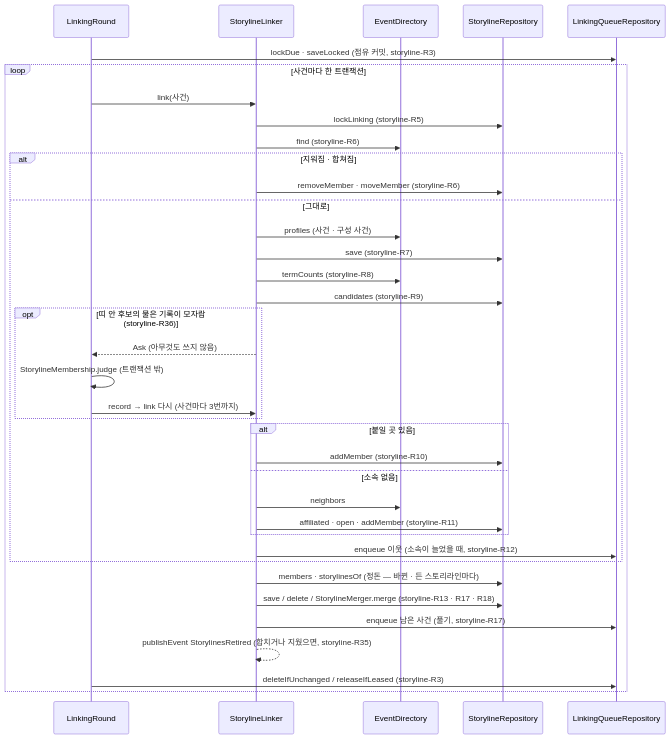
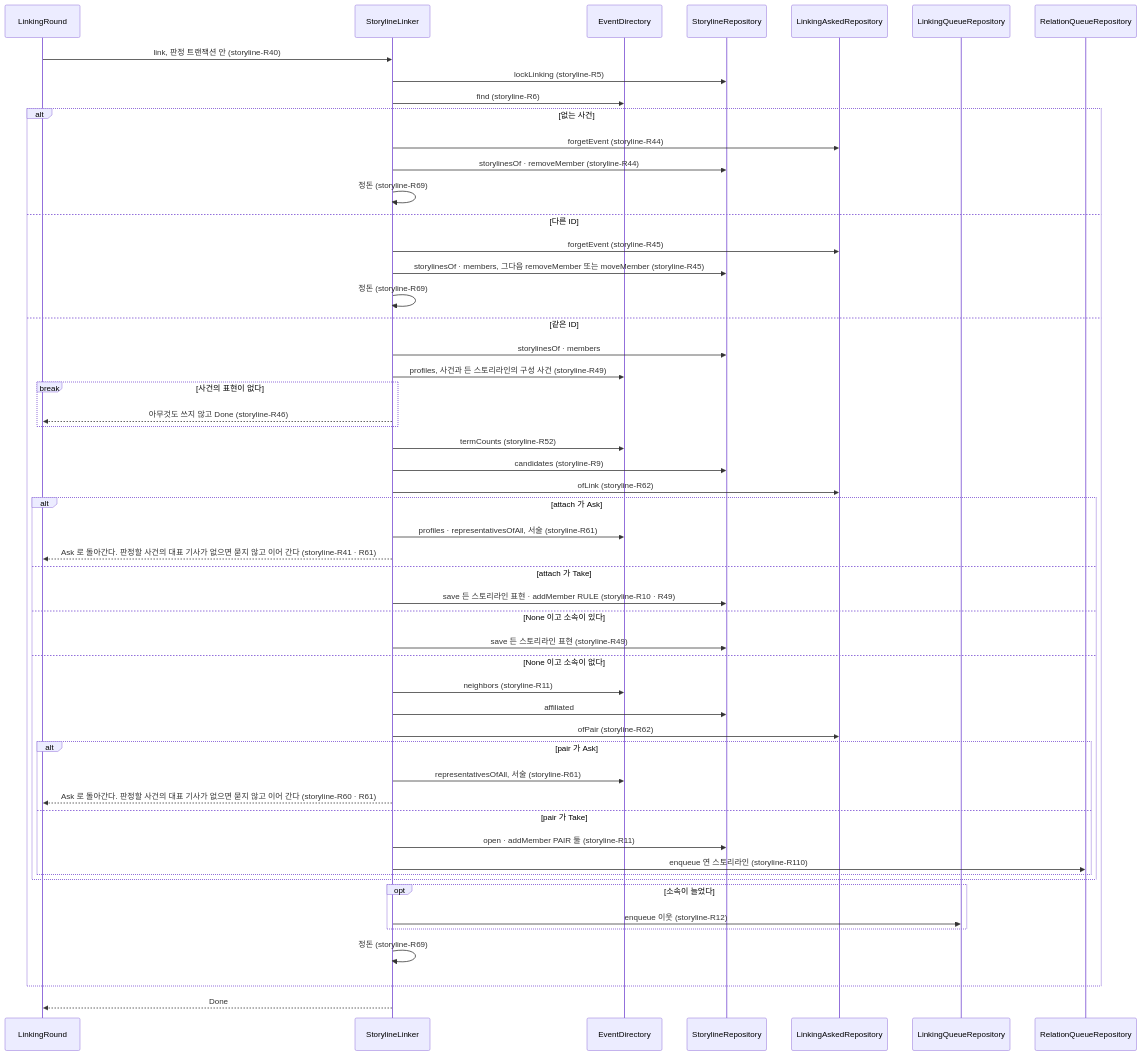
One commit to Theia0382/yozm-news changed the third of 9 diagrams in docs/specs/storyline.md. Above: the diagram before and after it, drawn with Mermaid. The commit also changed other lines of this file and 1 other file, not shown here.

First line of the commit message:
docs: storyline Spec 다시 쓰기 — 규칙 쪼개기 · 시퀀스 그림

````diff
--- a/docs/specs/storyline.md
+++ b/docs/specs/storyline.md
@@ -369,39 +451,55 @@
 ```mermaid
 sequenceDiagram
     participant R as LinkingRound
     participant L as StorylineLinker
     participant D as EventDirectory
     participant S as StorylineRepository
+    participant A as LinkingAskedRepository
     participant Q as LinkingQueueRepository
-    R->>Q: lockDue · saveLocked (점유 커밋, storyline-R3)
-    loop 사건마다 한 트랜잭션
-        R->>L: link(사건)
-        L->>S: lockLinking (storyline-R5)
-        L->>D: find (storyline-R6)
-        alt 지워짐 · 합쳐짐
-            L->>S: removeMember · moveMember (storyline-R6)
-        else 그대로
-            L->>D: profiles (사건 · 구성 사건)
-            L->>S: save (storyline-R7)
-            L->>D: termCounts (storyline-R8)
-            L->>S: candidates (storyline-R9)
-            opt 띠 안 후보의 물은 기록이 모자람 (storyline-R36)
-                L-->>R: Ask (아무것도 쓰지 않음)
-                R->>R: StorylineMembership.judge (트랜잭션 밖)
-                R->>L: record → link 다시 (사건마다 3번까지)
+    participant N as RelationQueueRepository
+    R->>L: link, 판정 트랜잭션 안 (storyline-R40)
+    L->>S: lockLinking (storyline-R5)
+    L->>D: find (storyline-R6)
+    alt 없는 사건
+        L->>A: forgetEvent (storyline-R44)
+        L->>S: storylinesOf · removeMember (storyline-R44)
+        L->>L: 정돈 (storyline-R69)
+    else 다른 ID
+        L->>A: forgetEvent (storyline-R45)
+        L->>S: storylinesOf · members, 그다음 removeMember 또는 moveMember (storyline-R45)
+        L->>L: 정돈 (storyline-R69)
+    else 같은 ID
+        L->>S: storylinesOf · members
+        L->>D: profiles, 사건과 든 스토리라인의 구성 사건 (storyline-R49)
+        break 사건의 표현이 없다
+            L-->>R: 아무것도 쓰지 않고 Done (storyline-R46)
+        end
+        L->>D: termCounts (storyline-R52)
+        L->>S: candidates (storyline-R9)
+        L->>A: ofLink (storyline-R62)
+        alt attach 가 Ask
+            L->>D: profiles · representativesOfAll, 서술 (storyline-R61)
+            L-->>R: Ask 로 돌아간다. 판정할 사건의 대표 기사가 없으면 묻지 않고 이어 간다 (storyline-R41 · R61)
+        else attach 가 Take
+            L->>S: save 든 스토리라인 표현 · addMember RULE (storyline-R10 · R49)
+        else None 이고 소속이 있다
+            L->>S: save 든 스토리라인 표현 (storyline-R49)
+        else None 이고 소속이 없다
+            L->>D: neighbors (storyline-R11)
+            L->>S: affiliated
+            L->>A: ofPair (storyline-R62)
+            alt pair 가 Ask
+                L->>D: representativesOfAll, 서술 (storyline-R61)
+                L-->>R: Ask 로 돌아간다. 판정할 사건의 대표 기사가 없으면 묻지 않고 이어 간다 (storyline-R60 · R61)
+            else pair 가 Take
+                L->>S: open · addMember PAIR 둘 (storyline-R11)
+                L->>N: enqueue 연 스토리라인 (storyline-R110)
             end
-            alt 붙일 곳 있음
-                L->>S: addMember (storyline-R10)
-            else 소속 없음
-                L->>D: neighbors
-                L->>S: affiliated · open · addMember (storyline-R11)
-            end
-            L->>Q: enqueue 이웃 (소속이 늘었을 때, storyline-R12)
         end
-        L->>S: members · storylinesOf (정돈 — 바뀐 · 든 스토리라인마다)
-        L->>S: save / delete / StorylineMerger.merge (storyline-R13 · R17 · R18)
-        L->>Q: enqueue 남은 사건 (풀기, storyline-R17)
-        L-->>L: publishEvent StorylinesRetired (합치거나 지웠으면, storyline-R35)
-        R->>Q: deleteIfUnchanged / releaseIfLeased (storyline-R3)
+        opt 소속이 늘었다
+            L->>Q: enqueue 이웃 (storyline-R12)
+        end
+        L->>L: 정돈 (storyline-R69)
     end
+    L-->>R: Done
 ```
````
